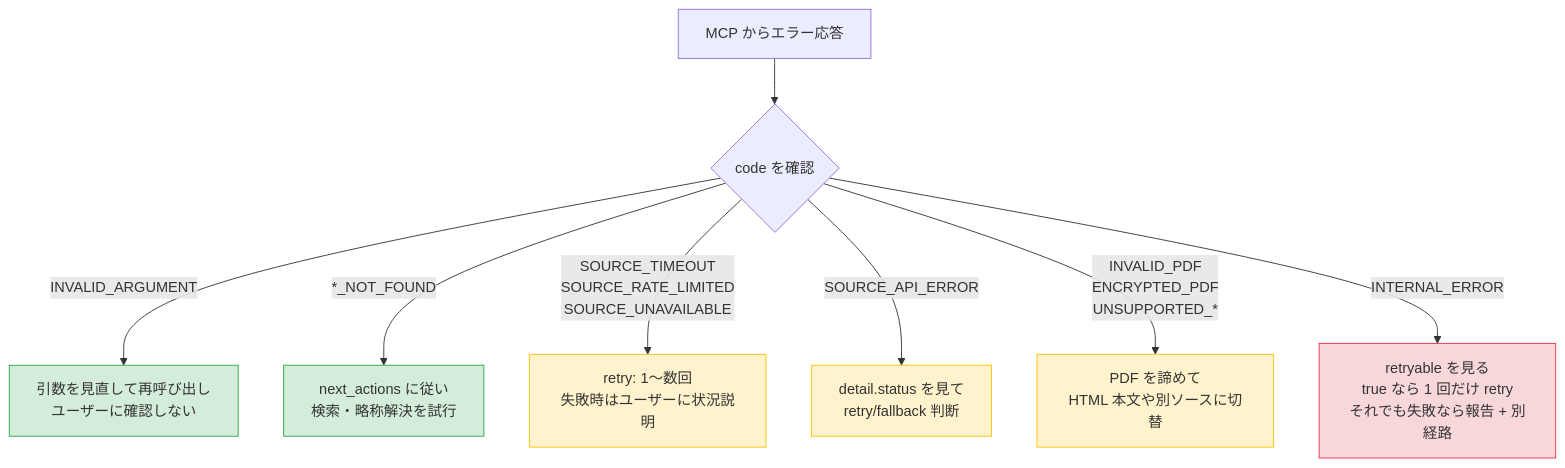
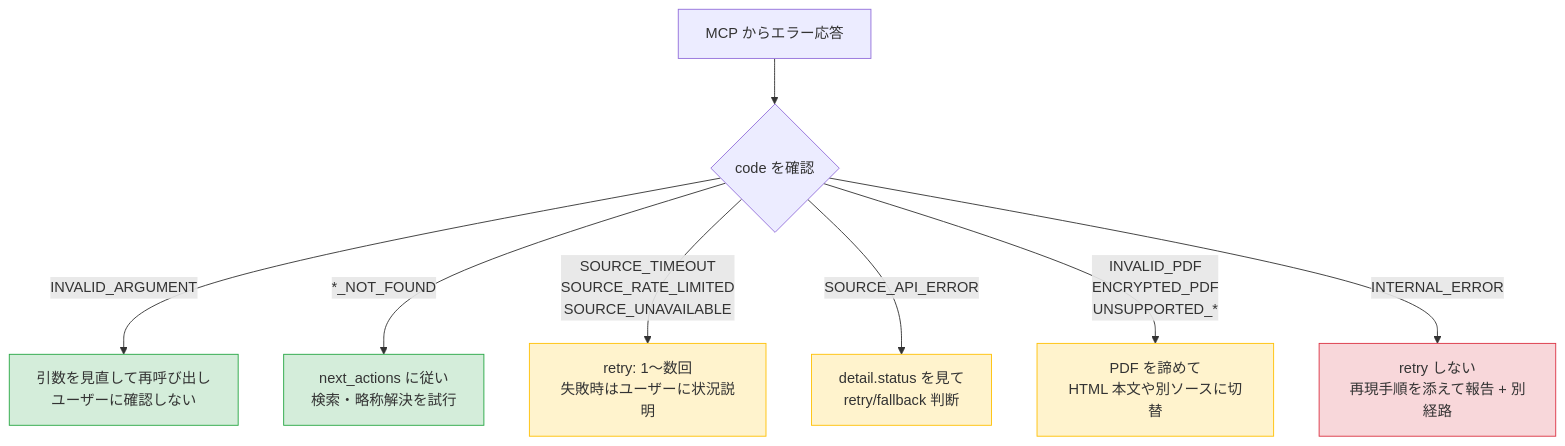
Before and after one commit to shuji-bonji/houki-research-skill: the first of 2 diagrams in skills/houki-research/docs/ERROR-HANDLING.md, drawn with Mermaid. The commit also changed other lines of this file and 13 other files, not shown here.

````diff
--- a/skills/houki-research/docs/ERROR-HANDLING.md
+++ b/skills/houki-research/docs/ERROR-HANDLING.md
@@ -7,17 +7,17 @@
 ```mermaid
 flowchart TB
   err[MCP からエラー応答] --> p1{code を確認}
   p1 -->|INVALID_ARGUMENT| f1[引数を見直して再呼び出し<br/>ユーザーに確認しない]
   p1 -->|*_NOT_FOUND| f2[next_actions に従い<br/>検索・略称解決を試行]
   p1 -->|SOURCE_TIMEOUT<br/>SOURCE_RATE_LIMITED<br/>SOURCE_UNAVAILABLE| f3[retry: 1〜数回<br/>失敗時はユーザーに状況説明]
   p1 -->|SOURCE_API_ERROR| f4[detail.status を見て<br/>retry/fallback 判断]
   p1 -->|INVALID_PDF<br/>ENCRYPTED_PDF<br/>UNSUPPORTED_*| f5[PDF を諦めて<br/>HTML 本文や別ソースに切替]
-  p1 -->|INTERNAL_ERROR| f6[retryable を見る<br/>true なら 1 回だけ retry<br/>それでも失敗なら報告 + 別経路]
+  p1 -->|INTERNAL_ERROR| f6[retry しない<br/>再現手順を添えて報告 + 別経路]
 
   classDef ok fill:#d4edda,stroke:#28a745,color:#333
   classDef warn fill:#fff3cd,stroke:#ffc107,color:#333
   classDef err fill:#f8d7da,stroke:#dc3545,color:#333
   class f1,f2 ok
   class f3,f4,f5 warn
   class f6 err
 ```
````
